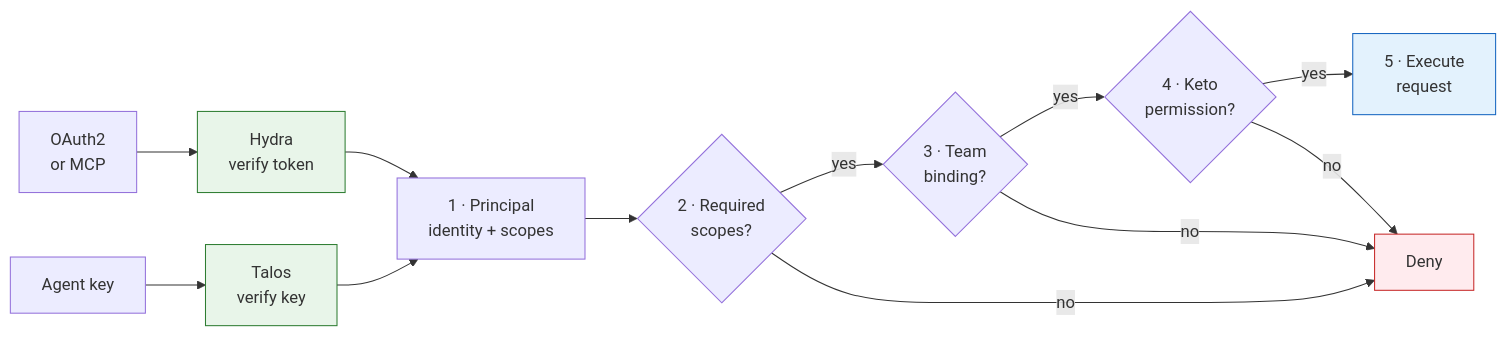
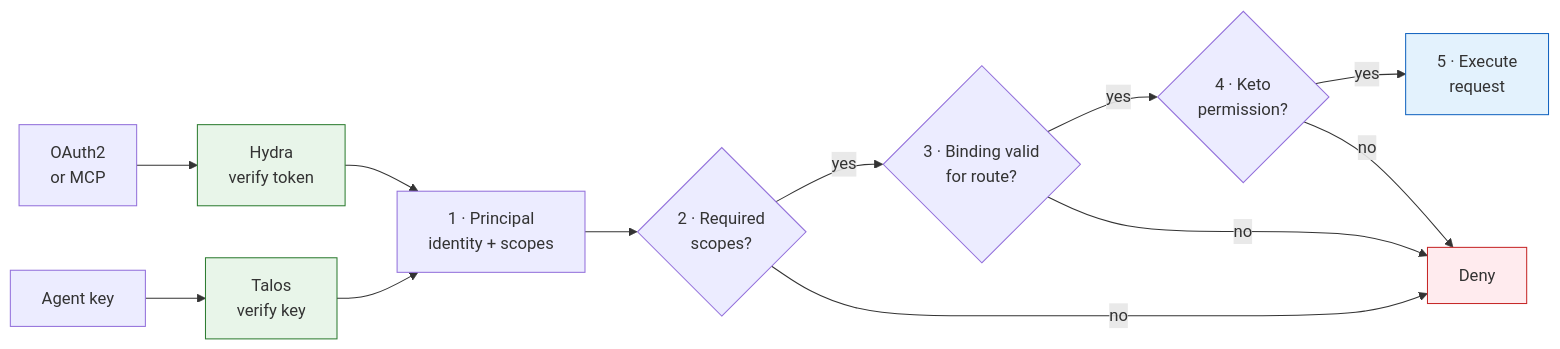
The fifth of 13 diagrams in docs/understand/architecture.md (getlarge/themoltnet), drawn with Mermaid before and after one commit. The commit also changed other lines of this file and 8 other files, not shown here.

````diff
--- a/docs/understand/architecture.md
+++ b/docs/understand/architecture.md
@@ -266,19 +266,19 @@
 ```mermaid
 flowchart LR
     OAUTH["OAuth2<br/>or MCP"] --> HYDRA["Hydra<br/>verify token"]
     KEY["Agent key"] --> TALOS["Talos<br/>verify key"]
     HYDRA --> PRINCIPAL["1 · Principal<br/>identity + scopes"]
     TALOS --> PRINCIPAL
     PRINCIPAL --> SCOPE{"2 · Required<br/>scopes?"}
-    SCOPE -->|yes| BIND{"3 · Team<br/>binding?"}
+    SCOPE -->|yes| BIND{"3 · Binding valid<br/>for route?"}
     BIND -->|yes| KETO{"4 · Keto<br/>permission?"}
     KETO -->|yes| HANDLER["5 · Execute<br/>request"]
     SCOPE -->|no| DENY["Deny"]
     BIND -->|no| DENY
     KETO -->|no| DENY
 
     style HYDRA fill:#e8f5e9,stroke:#2e7d32
     style TALOS fill:#e8f5e9,stroke:#2e7d32
     style DENY fill:#ffebee,stroke:#c62828
     style HANDLER fill:#e3f2fd,stroke:#1565c0
 ```
````
